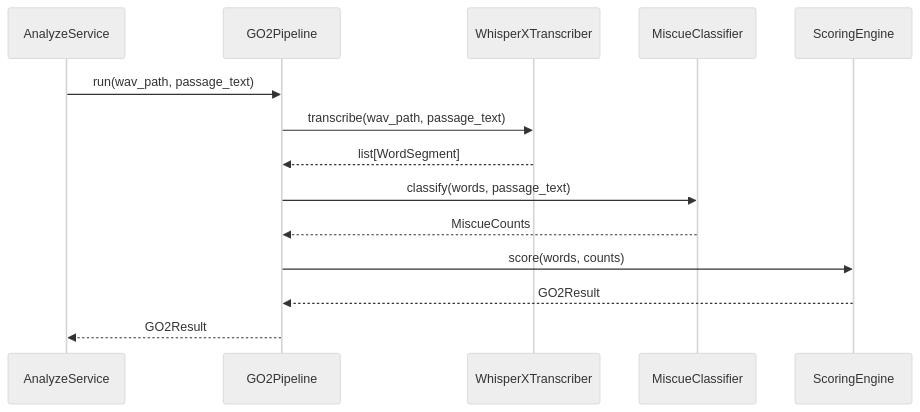
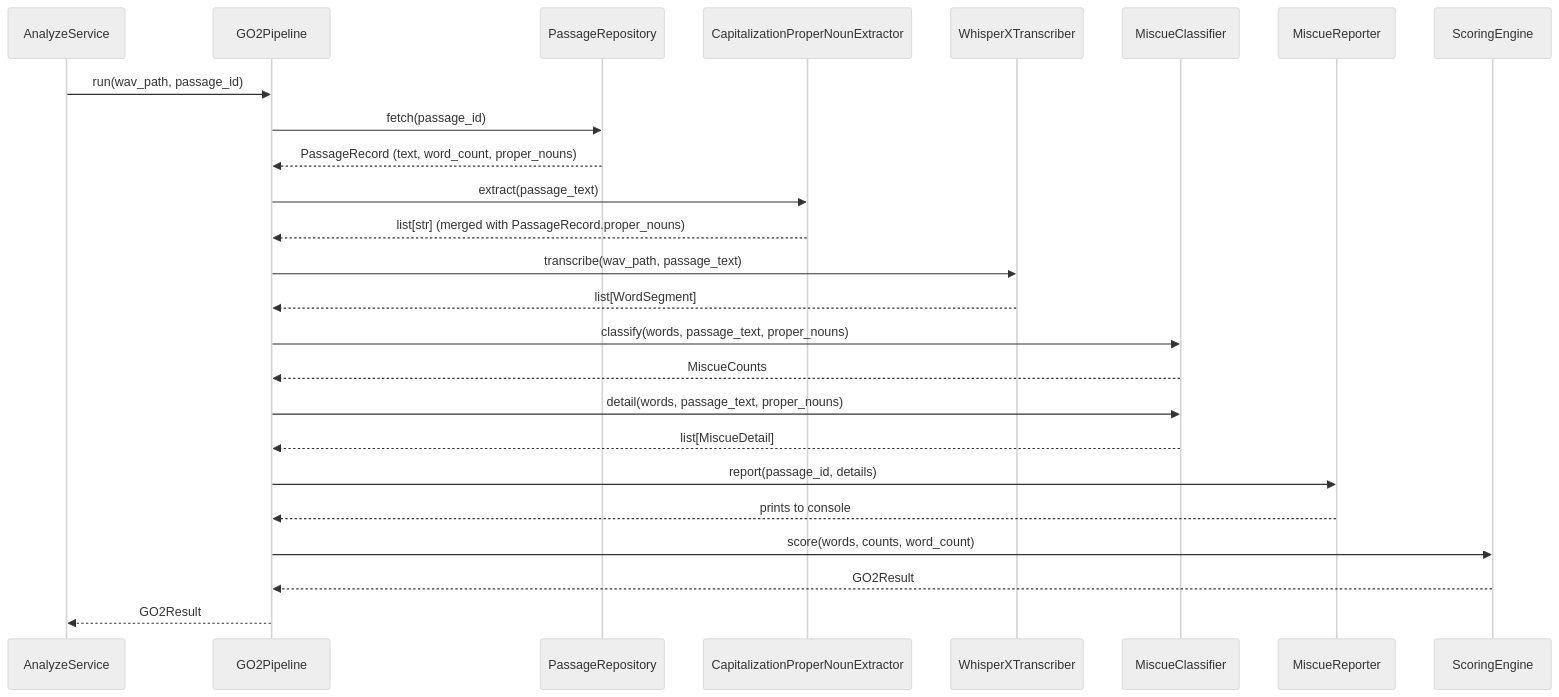
Before and after one commit to ChristianNemeno/SE-Module-02: the second of 2 diagrams in docs/uml/sequence/go2-pipeline-flow.md, drawn with Mermaid (neutral theme). The commit also changed 23 other files, not shown here.

````diff
--- a/docs/uml/sequence/go2-pipeline-flow.md
+++ b/docs/uml/sequence/go2-pipeline-flow.md
@@ -21,17 +21,28 @@
 ```mermaid
 sequenceDiagram
     participant AnalyzeService
     participant GO2Pipeline
+    participant PassageRepository
+    participant CapitalizationProperNounExtractor
     participant WhisperXTranscriber
     participant MiscueClassifier
+    participant MiscueReporter
     participant ScoringEngine
 
-    AnalyzeService->>GO2Pipeline: run(wav_path, passage_text)
+    AnalyzeService->>GO2Pipeline: run(wav_path, passage_id)
+    GO2Pipeline->>PassageRepository: fetch(passage_id)
+    PassageRepository-->>GO2Pipeline: PassageRecord (text, word_count, proper_nouns)
+    GO2Pipeline->>CapitalizationProperNounExtractor: extract(passage_text)
+    CapitalizationProperNounExtractor-->>GO2Pipeline: list[str] (merged with PassageRecord.proper_nouns)
     GO2Pipeline->>WhisperXTranscriber: transcribe(wav_path, passage_text)
     WhisperXTranscriber-->>GO2Pipeline: list[WordSegment]
-    GO2Pipeline->>MiscueClassifier: classify(words, passage_text)
+    GO2Pipeline->>MiscueClassifier: classify(words, passage_text, proper_nouns)
     MiscueClassifier-->>GO2Pipeline: MiscueCounts
-    GO2Pipeline->>ScoringEngine: score(words, counts)
+    GO2Pipeline->>MiscueClassifier: detail(words, passage_text, proper_nouns)
+    MiscueClassifier-->>GO2Pipeline: list[MiscueDetail]
+    GO2Pipeline->>MiscueReporter: report(passage_id, details)
+    MiscueReporter-->>GO2Pipeline: prints to console
+    GO2Pipeline->>ScoringEngine: score(words, counts, word_count)
     ScoringEngine-->>GO2Pipeline: GO2Result
     GO2Pipeline-->>AnalyzeService: GO2Result
 ```
````
